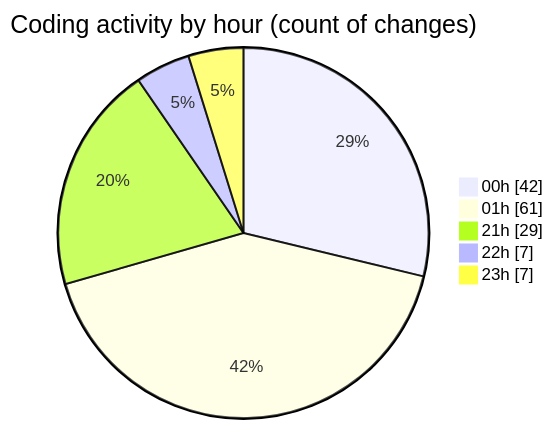
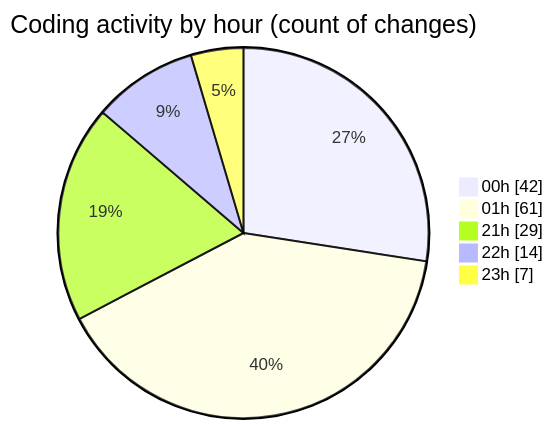
Before and after one commit to lephambinh05/code-tracking: the second of 2 diagrams in 2025-08-12/rentotp/README.md, drawn with Mermaid. The commit also changed other lines of this file and 1 other file, not shown here.

````diff
--- a/2025-08-12/rentotp/README.md
+++ b/2025-08-12/rentotp/README.md
@@ -54,9 +54,9 @@
 ```mermaid
 pie showData
 title Coding activity by hour (count of changes)
 "00h" : 42
 "01h" : 61
 "21h" : 29
-"22h" : 7
+"22h" : 14
 "23h" : 7
 ```
````
